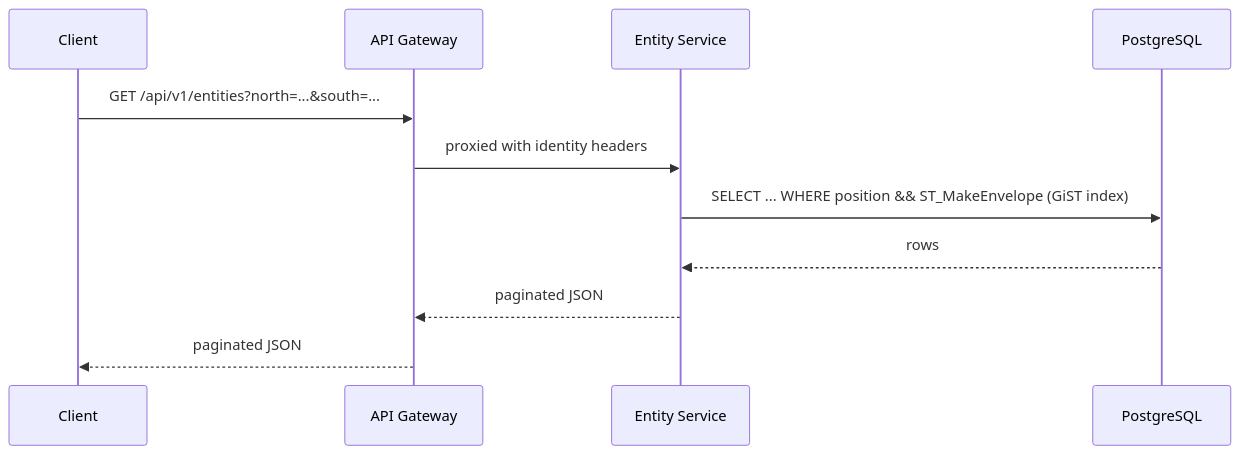
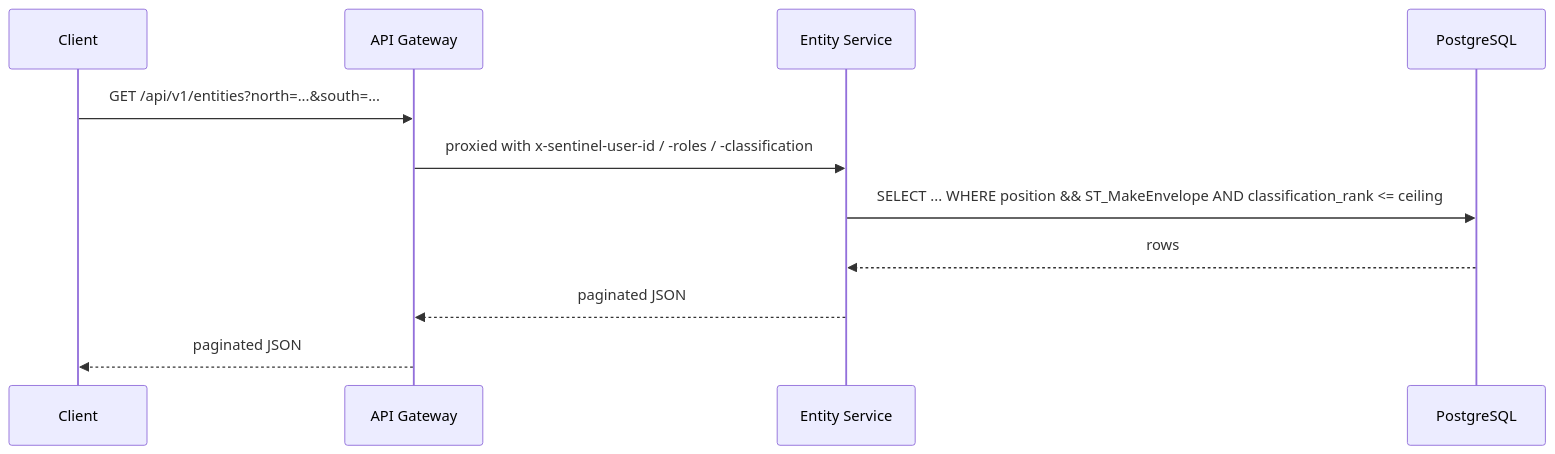
Before and after one commit to msbolton/sentinel: the third of 3 diagrams in docs/architecture.md, drawn with Mermaid. The commit also changed other lines of this file and 4 other files, not shown here.

First line of the commit message:
docs: detailed architecture page with the repository layout; drop the unpullable dev TAK Server

````diff
--- a/docs/architecture.md
+++ b/docs/architecture.md
@@ -100,14 +159,14 @@
 ```mermaid
 sequenceDiagram
     participant Client
     participant GW as API Gateway
     participant ES as Entity Service
     participant PG as PostgreSQL
 
     Client->>GW: GET /api/v1/entities?north=...&south=...
-    GW->>ES: proxied with identity headers
-    ES->>PG: SELECT ... WHERE position && ST_MakeEnvelope (GiST index)
+    GW->>ES: proxied with x-sentinel-user-id / -roles / -classification
+    ES->>PG: SELECT ... WHERE position && ST_MakeEnvelope AND classification_rank <= ceiling
     PG-->>ES: rows
     ES-->>GW: paginated JSON
     GW-->>Client: paginated JSON
 ```
````
